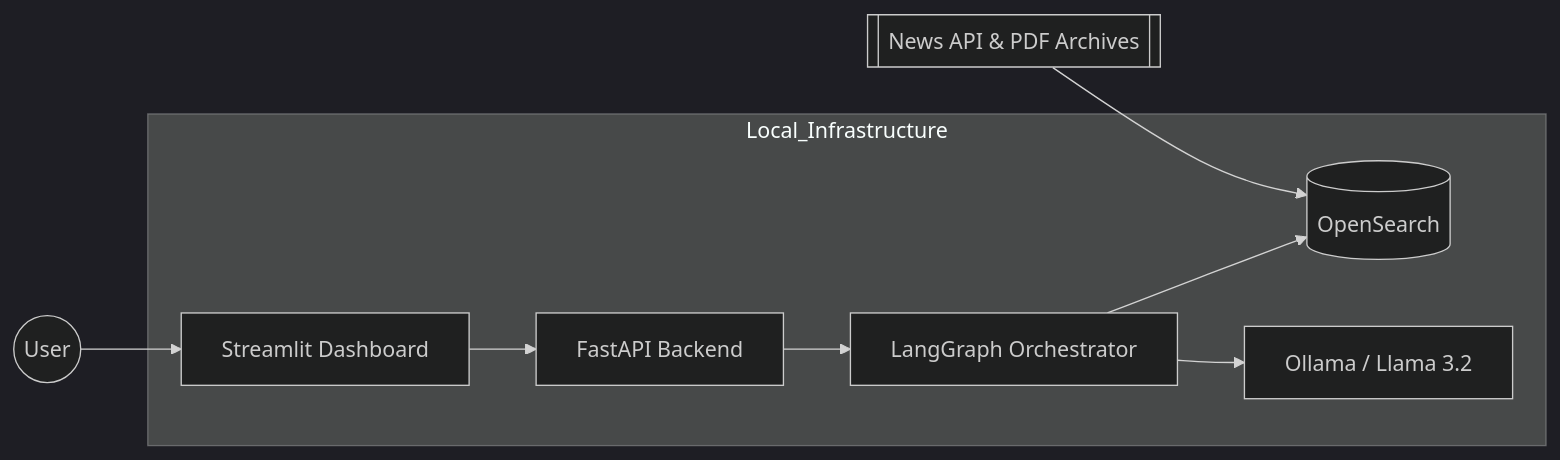
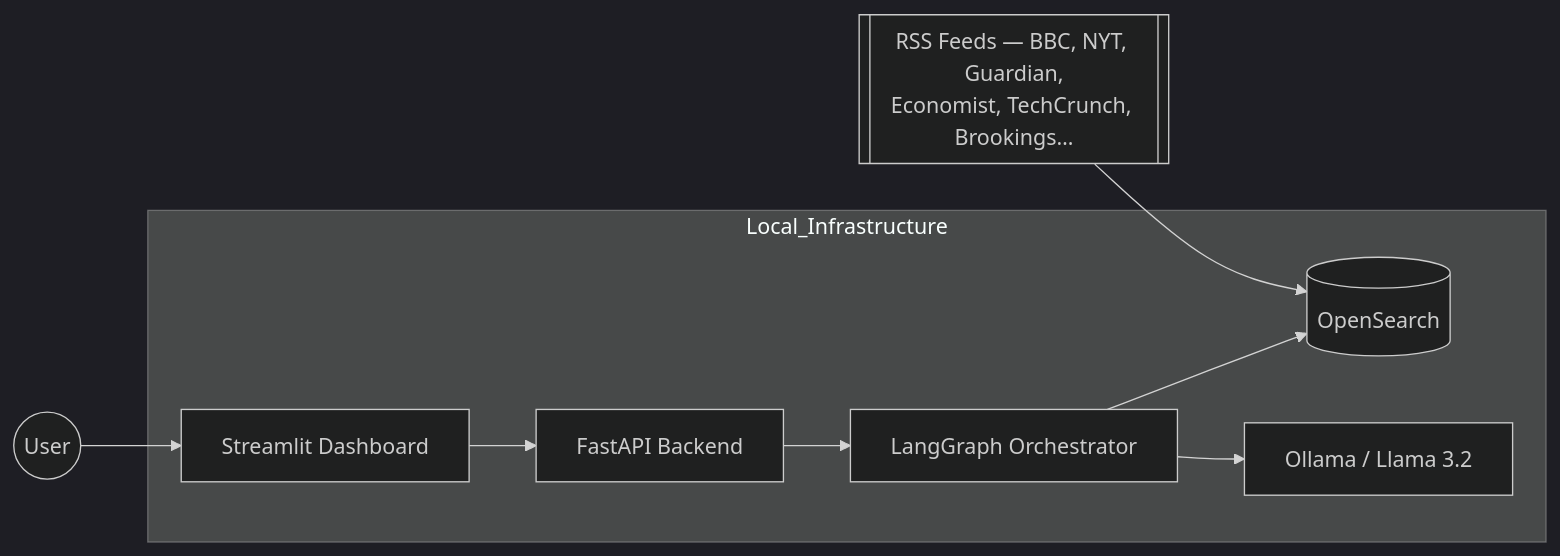
One commit to PreethaRaj/Agentic-Contrarian changed the diagram in README.md. Above: the diagram before and after it, drawn with Mermaid (dark theme). The commit also changed other lines of this file and 31 other files, not shown here.

````diff
--- a/README.md
+++ b/README.md
@@ -29,11 +94,11 @@
 ```mermaid
 graph LR
     User((User)) --> UI[Streamlit Dashboard]
     subgraph Local_Infrastructure
         UI --> API[FastAPI Backend]
         API --> Graph[LangGraph Orchestrator]
         Graph --> DB[(OpenSearch)]
         Graph --> LLM[Ollama / Llama 3.2]
     end
-    API_Sources[[News API & PDF Archives]] --> DB
+    RSS[[RSS Feeds — BBC, NYT, Guardian,\nEconomist, TechCrunch, Brookings…]] --> DB
 ```
````
